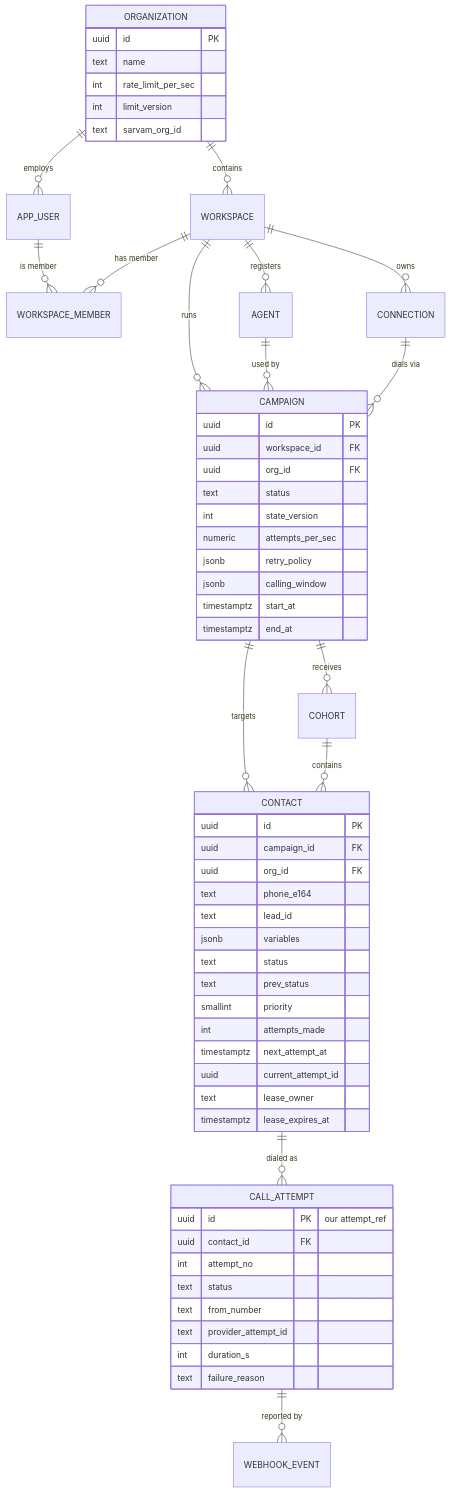
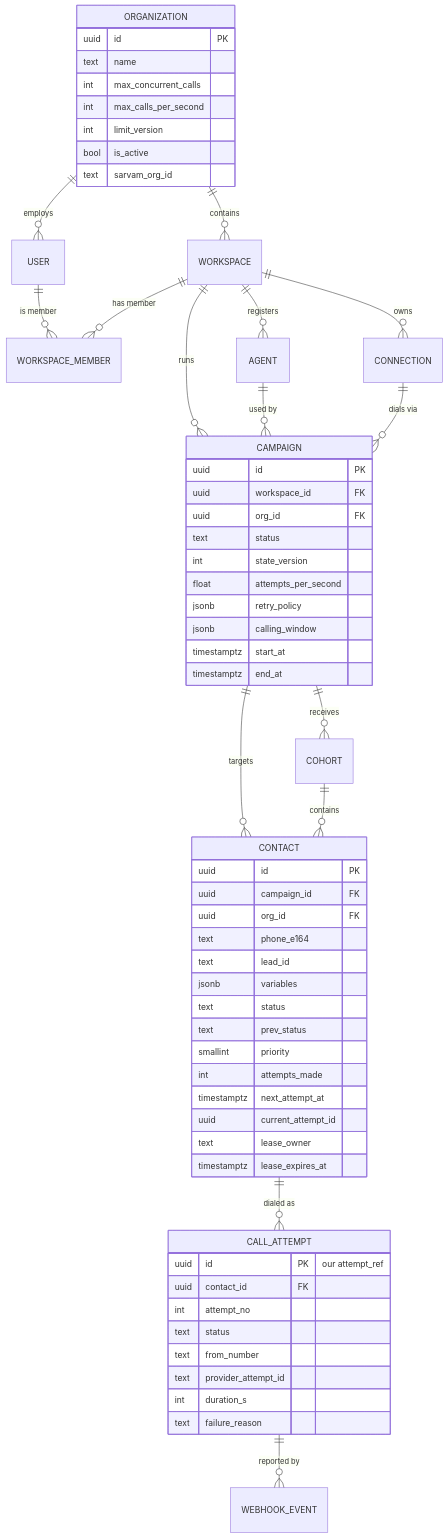
One commit to yshemashree/Campaign-Manager-Predixion-AI- changed the second of 6 diagrams in docs/02-architecture.md. Above: the diagram before and after it, drawn with Mermaid. The commit also changed other lines of this file and 6 other files, not shown here.

````diff
--- a/docs/02-architecture.md
+++ b/docs/02-architecture.md
@@ -150,63 +156,65 @@
 ```mermaid
 erDiagram
     ORGANIZATION ||--o{ WORKSPACE : contains
-    ORGANIZATION ||--o{ APP_USER : employs
-    APP_USER ||--o{ WORKSPACE_MEMBER : "is member"
+    ORGANIZATION ||--o{ USER : employs
+    USER ||--o{ WORKSPACE_MEMBER : "is member"
     WORKSPACE ||--o{ WORKSPACE_MEMBER : "has member"
     WORKSPACE ||--o{ AGENT : registers
     WORKSPACE ||--o{ CONNECTION : owns
     WORKSPACE ||--o{ CAMPAIGN : runs
     AGENT ||--o{ CAMPAIGN : "used by"
     CONNECTION ||--o{ CAMPAIGN : "dials via"
     CAMPAIGN ||--o{ COHORT : receives
     CAMPAIGN ||--o{ CONTACT : targets
     COHORT ||--o{ CONTACT : contains
     CONTACT ||--o{ CALL_ATTEMPT : "dialed as"
     CALL_ATTEMPT ||--o{ WEBHOOK_EVENT : "reported by"
 
     ORGANIZATION {
         uuid id PK
         text name
-        int rate_limit_per_sec
+        int max_concurrent_calls
+        int max_calls_per_second
         int limit_version
+        bool is_active
         text sarvam_org_id
     }
     CAMPAIGN {
         uuid id PK
         uuid workspace_id FK
         uuid org_id FK
         text status
         int state_version
-        numeric attempts_per_sec
+        float attempts_per_second
         jsonb retry_policy
         jsonb calling_window
         timestamptz start_at
         timestamptz end_at
     }
     CONTACT {
         uuid id PK
         uuid campaign_id FK
         uuid org_id FK
         text phone_e164
         text lead_id
         jsonb variables
         text status
         text prev_status
         smallint priority
         int attempts_made
         timestamptz next_attempt_at
         uuid current_attempt_id
         text lease_owner
         timestamptz lease_expires_at
     }
     CALL_ATTEMPT {
         uuid id PK "our attempt_ref"
         uuid contact_id FK
         int attempt_no
         text status
         text from_number
         text provider_attempt_id
         int duration_s
         text failure_reason
     }
 ```
````
